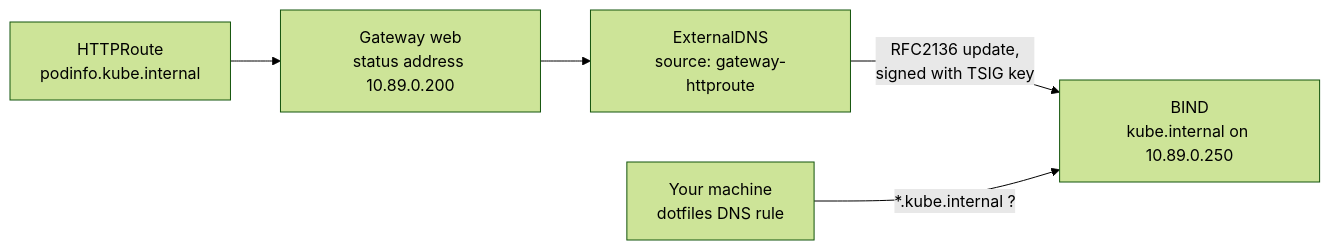
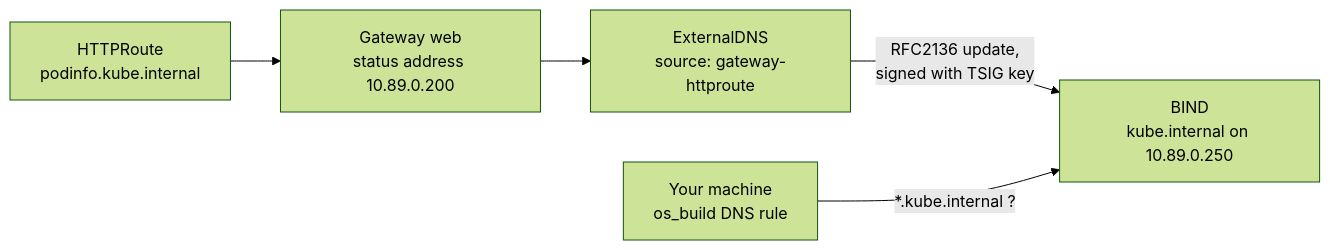
The diagram in docs/03-external-dns.md (bourbonfgiles/kube_local), drawn with Mermaid (forest theme) before and after one commit. The commit also changed 3 other files, not shown here.

Commit message:
Docs: the os_build image provides the host side and BPF tools

````diff
--- a/docs/03-external-dns.md
+++ b/docs/03-external-dns.md
@@ -13,7 +13,7 @@
 ```mermaid
 flowchart LR
   route["HTTPRoute<br/>podinfo.kube.internal"] --> gw["Gateway web<br/>status address 10.89.0.200"]
   gw --> ed["ExternalDNS<br/>source: gateway-httproute"]
   ed -->|"RFC2136 update,<br/>signed with TSIG key"| bind["BIND<br/>kube.internal on 10.89.0.250"]
-  host["Your machine<br/>dotfiles DNS rule"] -->|"*.kube.internal ?"| bind
+  host["Your machine<br/>os_build DNS rule"] -->|"*.kube.internal ?"| bind
 ```
````
